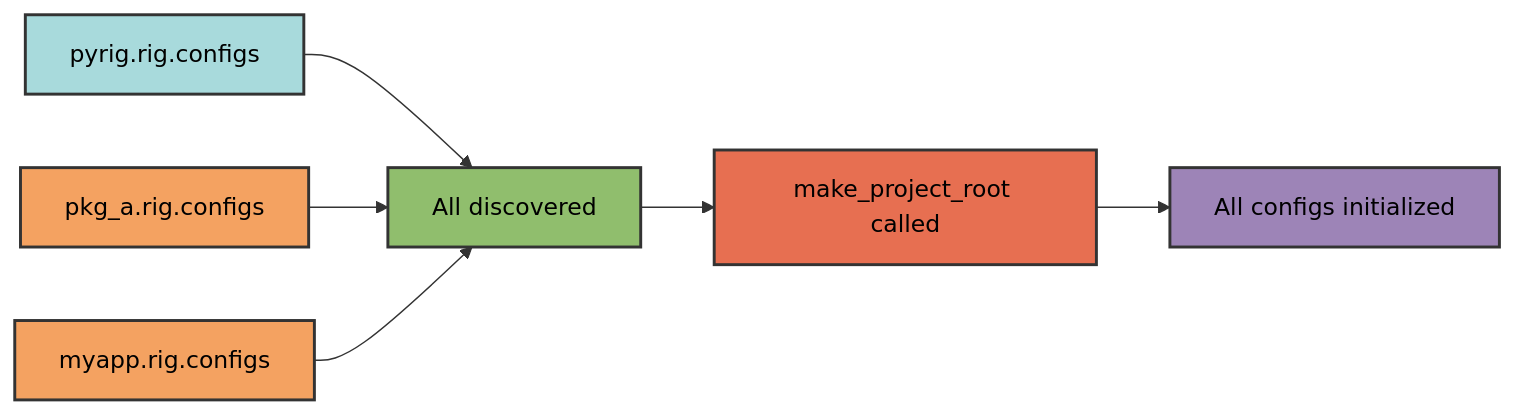
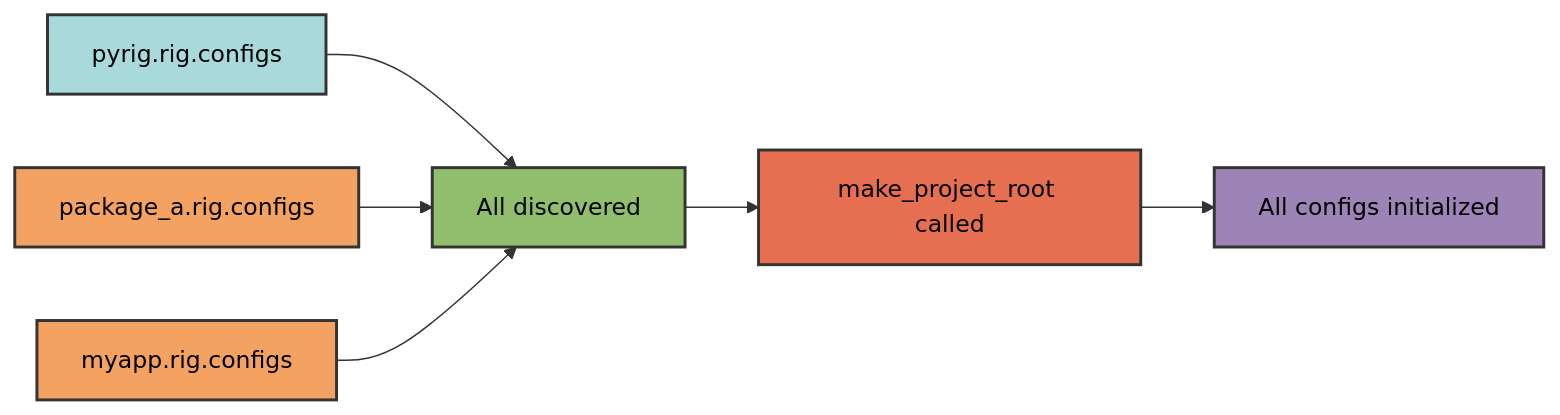
The third of 3 diagrams in docs/configs/architecture.md (Winipedia/pyrig), drawn with Mermaid before and after one commit. The commit also changed 46 other files, not shown here.

Commit message:
pkg to contanat package usage of naming convetion

````diff
--- a/docs/configs/architecture.md
+++ b/docs/configs/architecture.md
@@ -210,15 +210,15 @@
 ```mermaid
 graph LR
     A[pyrig.rig.configs] --> D[All discovered]
-    B[pkg_a.rig.configs] --> D
+    B[package_a.rig.configs] --> D
     C[myapp.rig.configs] --> D
     D --> E[make_project_root called]
     E --> F[All configs initialized]
 
     style A fill:#a8dadc,stroke:#333,stroke-width:2px,color:#000
     style B fill:#f4a261,stroke:#333,stroke-width:2px,color:#000
     style C fill:#f4a261,stroke:#333,stroke-width:2px,color:#000
     style D fill:#90be6d,stroke:#333,stroke-width:2px,color:#000
     style E fill:#e76f51,stroke:#333,stroke-width:2px,color:#000
     style F fill:#9d84b7,stroke:#333,stroke-width:2px,color:#000
 ```
````
